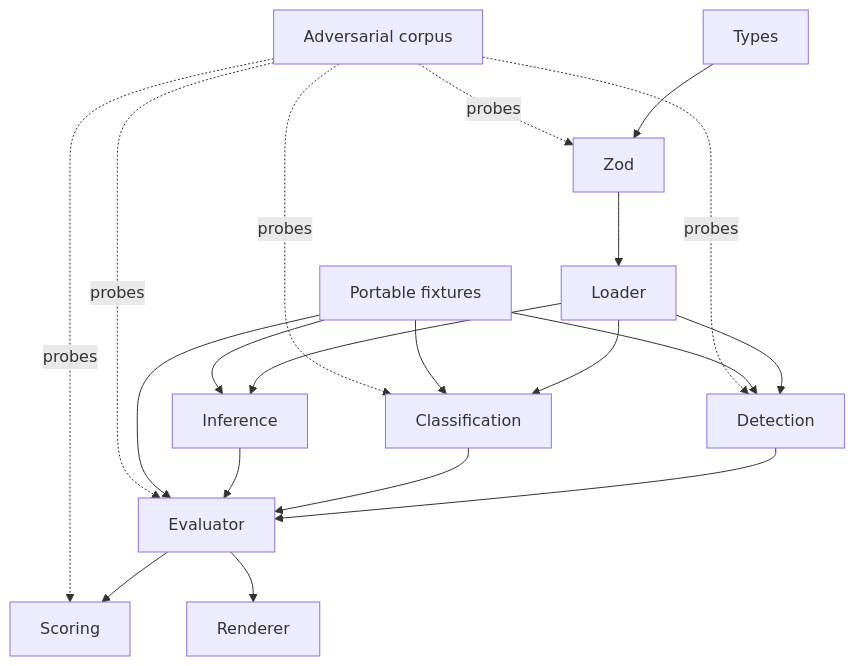
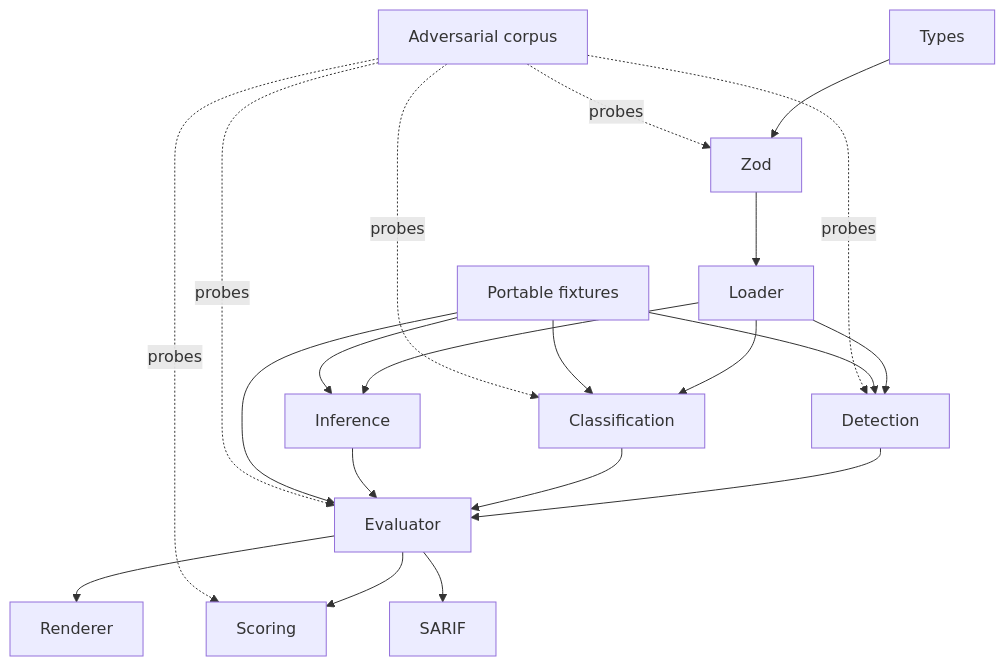
Before and after one commit to streamentry/AGENTOWNERS: the second of 4 diagrams in packages/core/AGENTS.md, drawn with Mermaid. The commit also changed other lines of this file and 18 other files, not shown here.

````diff
--- a/packages/core/AGENTS.md
+++ b/packages/core/AGENTS.md
@@ -36,22 +37,23 @@
 ```mermaid
 flowchart TB
   Types --> Zod
   Zod --> Loader
   Loader --> Detection
   Loader --> Classification
   Loader --> Inference
   Detection --> Evaluator
   Classification --> Evaluator
   Inference --> Evaluator
   Evaluator --> Scoring
   Evaluator --> Renderer
   Fixtures[Portable fixtures] --> Detection
   Fixtures --> Classification
   Fixtures --> Inference
   Fixtures --> Evaluator
+  Evaluator --> SARIF
   Corpus[Adversarial corpus] -. probes .-> Zod
   Corpus -. probes .-> Detection
   Corpus -. probes .-> Classification
   Corpus -. probes .-> Evaluator
   Corpus -. probes .-> Scoring
 ```
````
